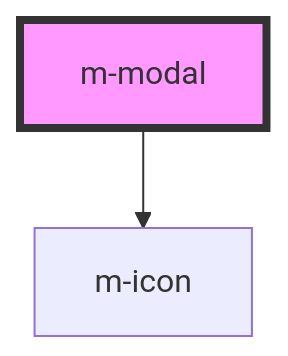
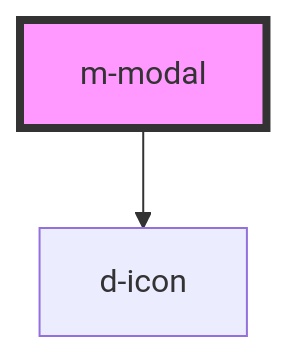
The diagram in libraries/dynamic-ui/src/components/m-modal/readme.md (dynamic-framework/dynamic-ui), drawn with Mermaid before and after one commit. The commit also changed other lines of this file and 54 other files, not shown here.

````diff
--- a/libraries/dynamic-ui/src/components/m-modal/readme.md
+++ b/libraries/dynamic-ui/src/components/m-modal/readme.md
@@ -37,5 +37,5 @@
 ```mermaid
 graph TD;
-  m-modal --> m-icon
+  m-modal --> d-icon
   style m-modal fill:#f9f,stroke:#333,stroke-width:4px
 ```
````
